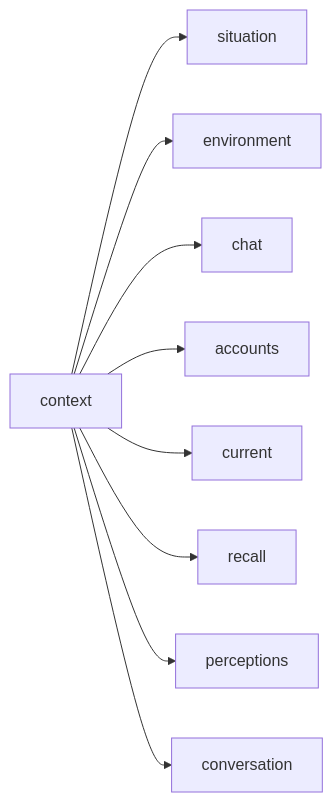
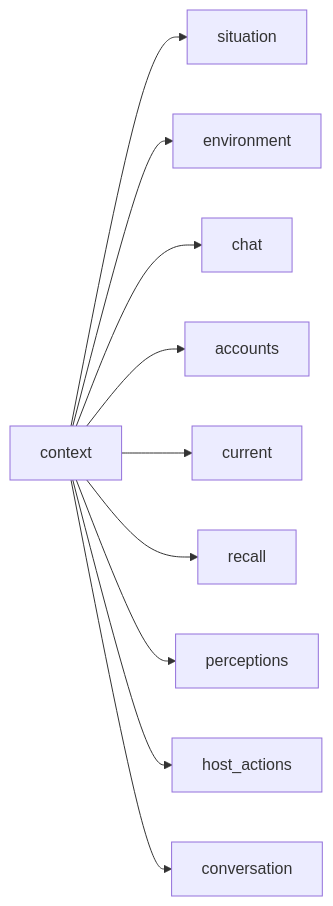
The diagram in docs/topics/prompting.md (hmeqo/hai), drawn with Mermaid before and after one commit. The commit also changed other lines of this file and 192 other files, not shown here.

Commit message:
feat: Conversation-scoped agents with multi-Chat Turns, TeamSpeak, and host actions

````diff
--- a/docs/topics/prompting.md
+++ b/docs/topics/prompting.md
@@ -51,4 +51,4 @@
 ```mermaid
 flowchart LR
-  context --> situation & environment & chat & accounts & current & recall & perceptions & conversation
+  context --> situation & environment & chat & accounts & current & recall & perceptions & host_actions & conversation
 ```
````
